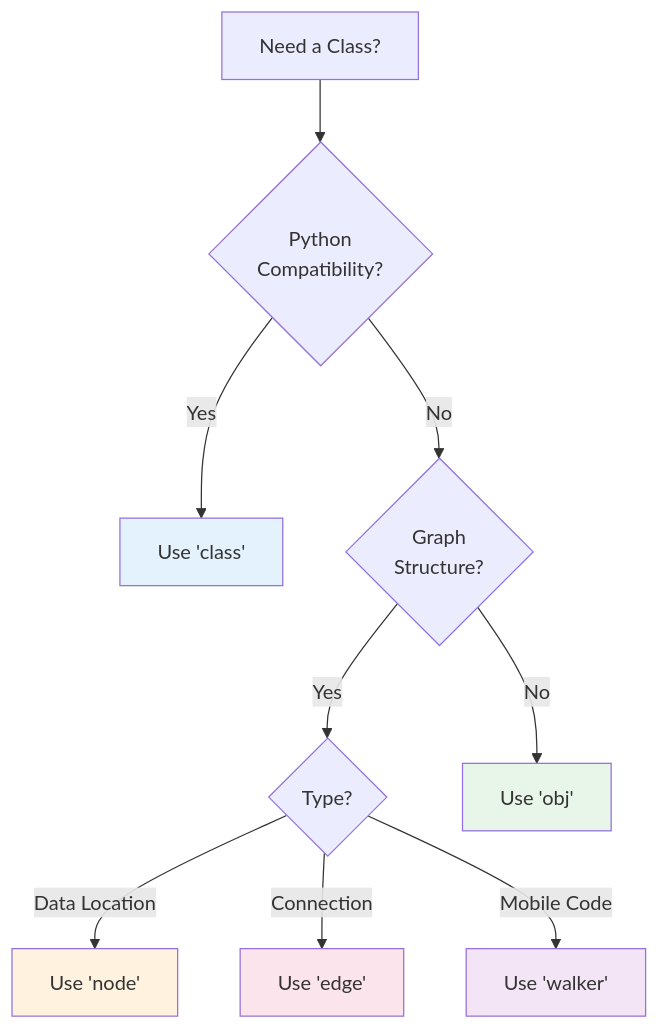
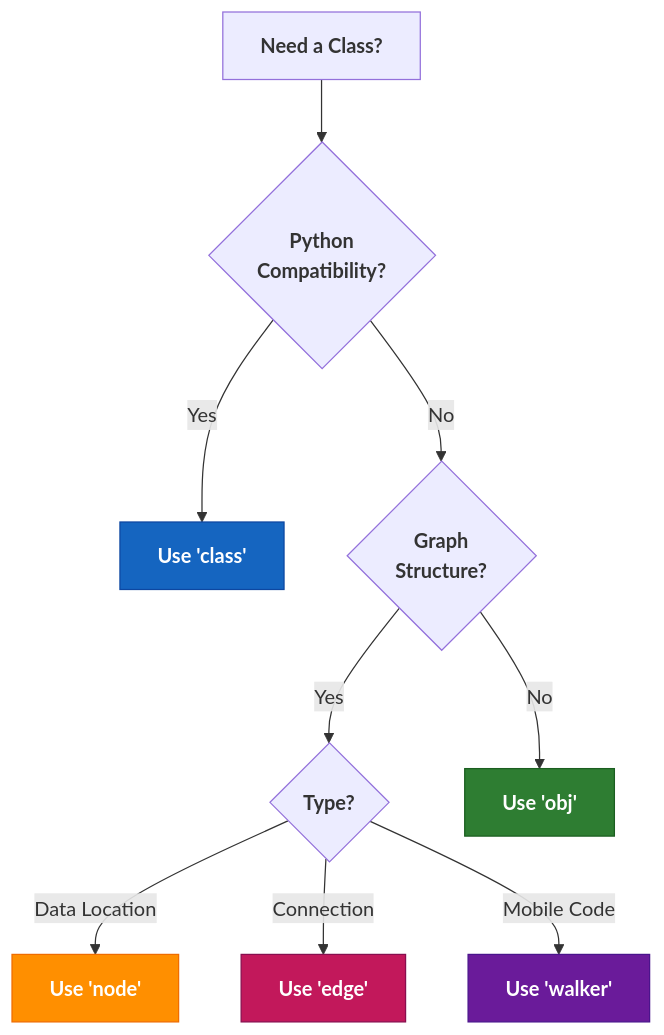
Before and after one commit to specialized806/jaseci: the diagram in docs/docs/jac_book/chapter_5.md, drawn with Mermaid. The commit also changed other lines of this file, not shown here.

Commit message:
refactor: improve readability of flowchart and fix constructor method name in Python-style class

````diff
--- a/docs/docs/jac_book/chapter_5.md
+++ b/docs/docs/jac_book/chapter_5.md
@@ -171,17 +171,18 @@
 ```mermaid
 graph TD
-    A[Need a Class?] --> B{Python<br/>Compatibility?}
-    B -->|Yes| C[Use 'class']
-    B -->|No| D{Graph<br/>Structure?}
-    D -->|Yes| E{Type?}
-    D -->|No| F[Use 'obj']
-    E -->|Data Location| G[Use 'node']
-    E -->|Connection| H[Use 'edge']
-    E -->|Mobile Code| I[Use 'walker']
+    A[<b>Need a Class?</b>] --> B{<b>Python<br/>Compatibility?</b>}
+    B -->|Yes| C[<b>Use 'class'</b>]
+    B -->|No| D{<b>Graph<br/>Structure?</b>}
+    D -->|Yes| E{<b>Type?</b>}
+    D -->|No| F[<b>Use 'obj'</b>]
+    E -->|Data Location| G[<b>Use 'node'</b>]
+    E -->|Connection| H[<b>Use 'edge'</b>]
+    E -->|Mobile Code| I[<b>Use 'walker'</b>]
 
-    style C fill:#e3f2fd
-    style F fill:#e8f5e9
-    style G fill:#fff3e0
-    style H fill:#fce4ec
-    style I fill:#f3e5f5
+    %% Updated styles for better readability
+    style C fill:#1565c0,stroke:#0d47a1,color:#fff
+    style F fill:#2e7d32,stroke:#1b5e20,color:#fff
+    style G fill:#ff8f00,stroke:#ef6c00,color:#fff
+    style H fill:#c2185b,stroke:#880e4f,color:#fff
+    style I fill:#6a1b9a,stroke:#4a148c,color:#fff
 ```
````
